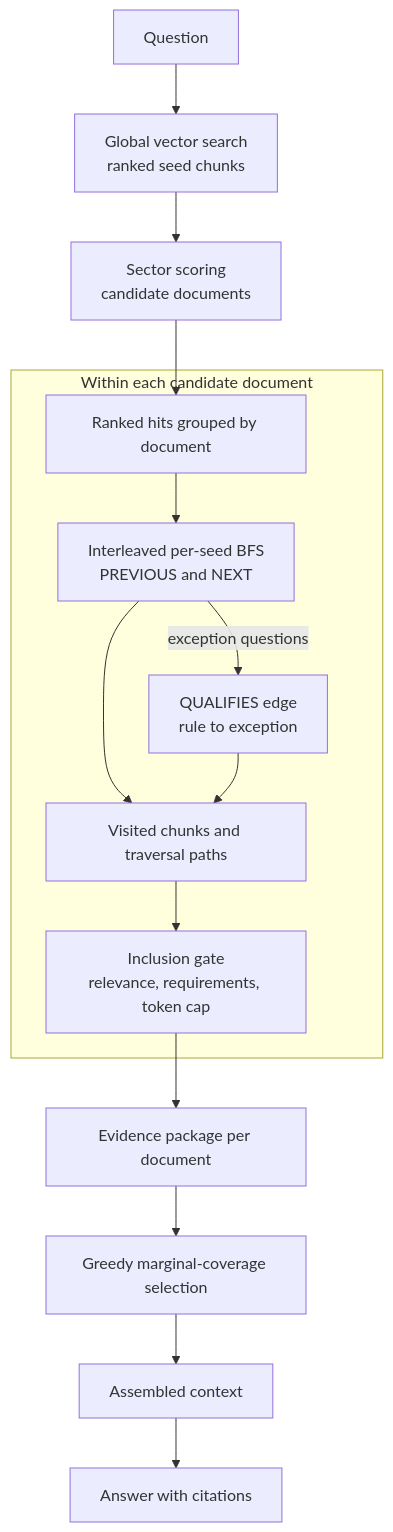
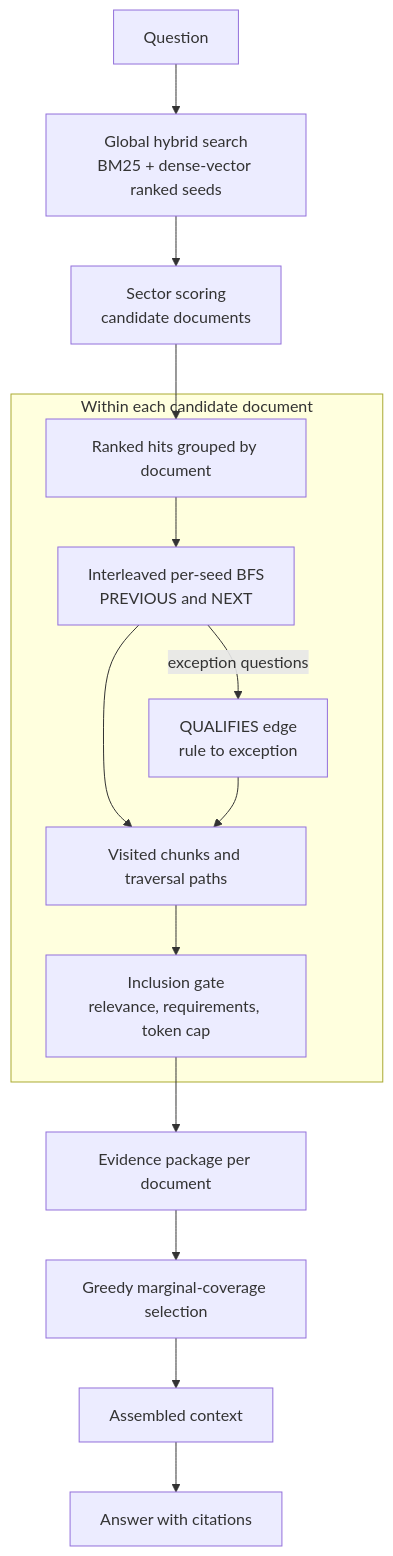
The diagram in README.md (gahanlal/isthmus-rag), drawn with Mermaid before and after one commit. The commit also changed other lines of this file, not shown here.

Commit message:
Update README for hybrid retrieval

````diff
--- a/README.md
+++ b/README.md
@@ -28,17 +30,17 @@
 ```mermaid
 flowchart TD
-    Q[Question] --> V[Global vector search<br/>ranked seed chunks]
+    Q[Question] --> V[Global hybrid search<br/>BM25 + dense-vector ranked seeds]
     V --> S[Sector scoring<br/>candidate documents]
     S --> D[Ranked hits grouped by document]
     subgraph Expansion["Within each candidate document"]
         D --> B[Interleaved per-seed BFS<br/>PREVIOUS and NEXT]
         B --> T[Visited chunks and traversal paths]
         B -->|exception questions| R[QUALIFIES edge<br/>rule to exception]
         R --> T
         T --> I[Inclusion gate<br/>relevance, requirements, token cap]
     end
     I --> P[Evidence package per document]
     P --> M[Greedy marginal-coverage selection]
     M --> C[Assembled context]
     C --> A[Answer with citations]
 ```
````
